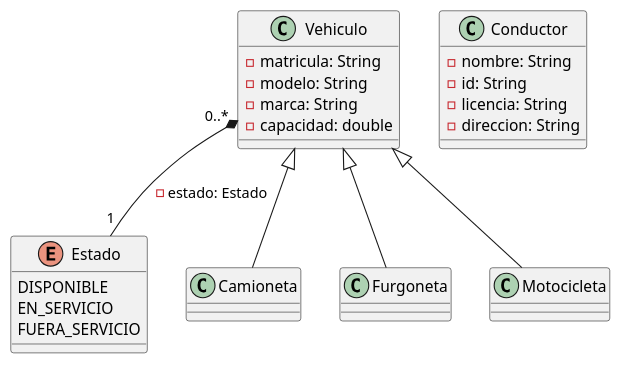
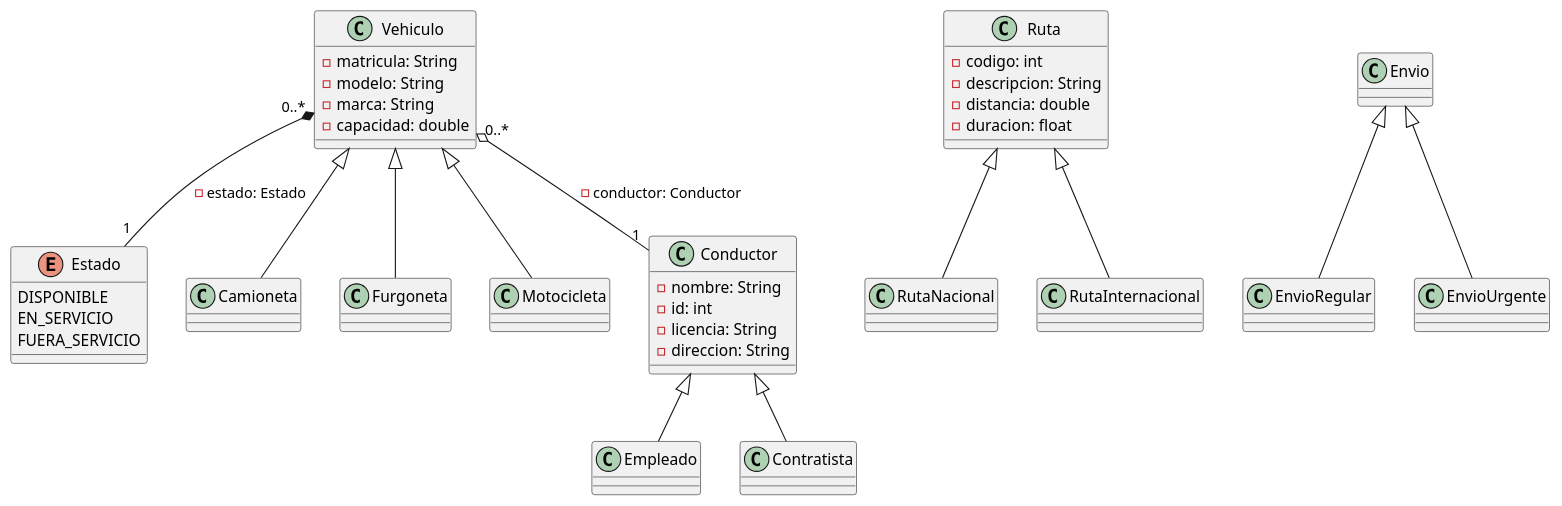
The diagram in vm07_TransportationManager/diagrama.puml (Badjavii/oop-practices), drawn with PlantUML before and after one commit. The commit also changed 4 other files, not shown here.

```diff
--- a/vm07_TransportationManager/diagrama.puml
+++ b/vm07_TransportationManager/diagrama.puml
@@ -1,54 +1,108 @@
 @startuml
 
 '# Diagrama de Clase - TransportationManager
 
 '## CLASES
 
 'Definicion de VEHICULOS
 class Vehiculo {
     -matricula: String
     -modelo: String
     -marca: String
     -capacidad: double
 }
 
 enum Estado {
     DISPONIBLE
     EN_SERVICIO
     FUERA_SERVICIO
 }
 
 'Tipos de VEHICULOS
 class Camioneta {
 
 }
 
 class Furgoneta {
 
 }
 
 class Motocicleta {
 
 }
 
 'Definicion de CONDUCTORES
 class Conductor {
     -nombre: String
-    -id: String
+    -id: int
     -licencia: String
     -direccion: String
+}
+
+class Empleado {
+    
+}
+
+class Contratista {
+
+}
+
+'Definicion de RUTAS
+class Ruta {
+    -codigo: int
+    -descripcion: String
+    -distancia: double
+    -duracion: float
+}
+
+class RutaNacional {
+
+}
+
+class RutaInternacional {
+
+}
+
+'Definicion de ENVIOS
+class Envio {
+
+}
+
+class EnvioRegular {
+
+}
+
+class EnvioUrgente {
+
 }
 
 '## RELACIONES
 
 'Definicion de relacion *Composicion* Vehiculo-Estado
 Vehiculo "0..*" *-- "1" Estado: -estado: Estado
 'Definicion de relacion *Herencia* Vehiculo-Camioneta
 Vehiculo <|-- Camioneta 
 'Definicion de relacion *Herencia* Vehiculo-Furgoneta
 Vehiculo <|-- Furgoneta 
 'Definicion de relacion *Herencia* Vehiculo-Motocicleta
 Vehiculo <|-- Motocicleta 
 
+'Definicion de relacion *Agregacion* Vehiculo-Conductor
+Vehiculo "0..*" o-- "1" Conductor: -conductor: Conductor
+
+'Definicion de relacion *Herencia* Conductor-Empleado
+Conductor <|-- Empleado
+'Definicion de relacion *Herencia* Conductor-Contratista
+Conductor <|-- Contratista
+
+'Definicion de relacion *Herencia* Ruta-RutaNacional
+Ruta <|-- RutaNacional
+'Definicion de relacion *Herencia* Ruta-RutaInternacional
+Ruta <|-- RutaInternacional 
+
+'Definicion de relacion *Herencia* Ruta-RutaNacional
+Envio <|-- EnvioRegular
+'Definicion de relacion *Herencia* Ruta-RutaInternacional
+Envio <|-- EnvioUrgente
 
 @enduml
```
